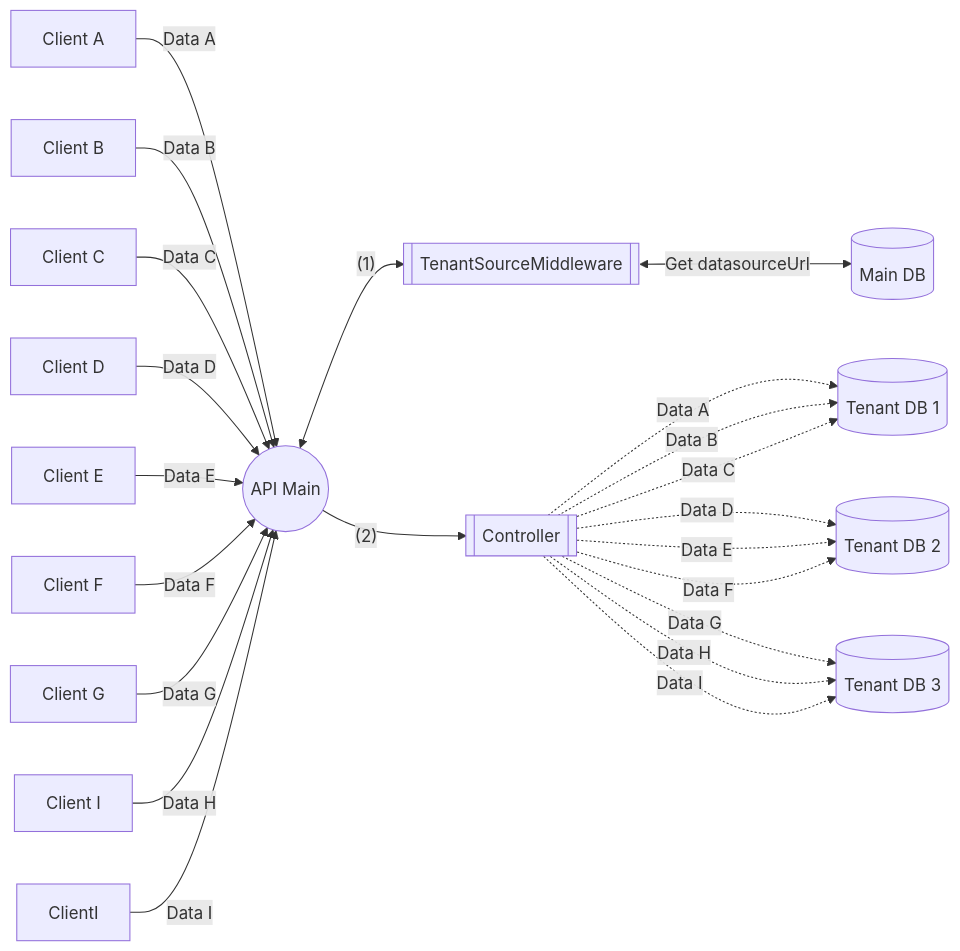
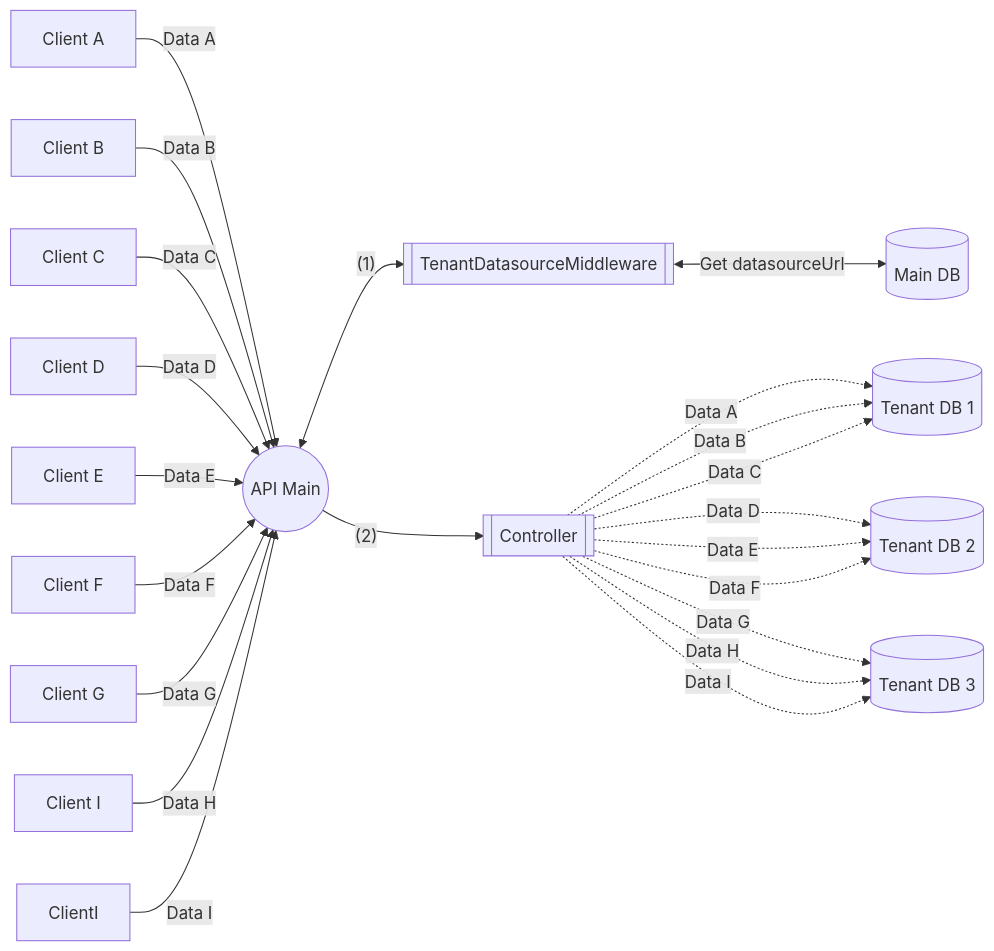
The third of 3 diagrams in README.md (pivee/multi-tenant-nestjs), drawn with Mermaid before and after one commit. The commit also changed other lines of this file and 2 other files, not shown here.

````diff
--- a/README.md
+++ b/README.md
@@ -160,39 +160,39 @@
 ```mermaid
 flowchart LR
   API((API Main))
-  APITSM[[TenantSourceMiddleware]]
+  APITSM[[TenantDatasourceMiddleware]]
   APIController[[Controller]]
   MainDb[(Main DB)]
   TenantDb1[(Tenant DB 1)]
   TenantDb2[(Tenant DB 2)]
   TenantDb3[(Tenant DB 3)]
   ClientA[Client A]
   ClientB[Client B]
   ClientC[Client C]
   ClientD[Client D]
   ClientE[Client E]
   ClientF[Client F]
   ClientG[Client G]
   ClientH[Client I]
 
   API <--(1)--> APITSM <--Get datasourceUrl--> MainDb
   API --(2)--> APIController
   ClientA --Data A--> API
   ClientB --Data B--> API
   ClientC --Data C--> API
   ClientD --Data D--> API
   ClientE --Data E--> API
   ClientF --Data F--> API
   ClientG --Data G--> API
   ClientH --Data H--> API
   ClientI --Data I--> API
   APIController -.Data A.->TenantDb1
   APIController -.Data B.->TenantDb1
   APIController -.Data C.->TenantDb1
   APIController -.Data D.->TenantDb2
   APIController -.Data E.->TenantDb2
   APIController -.Data F.->TenantDb2
   APIController -.Data G.->TenantDb3
   APIController -.Data H.->TenantDb3
   APIController -.Data I.->TenantDb3
 ```
````
